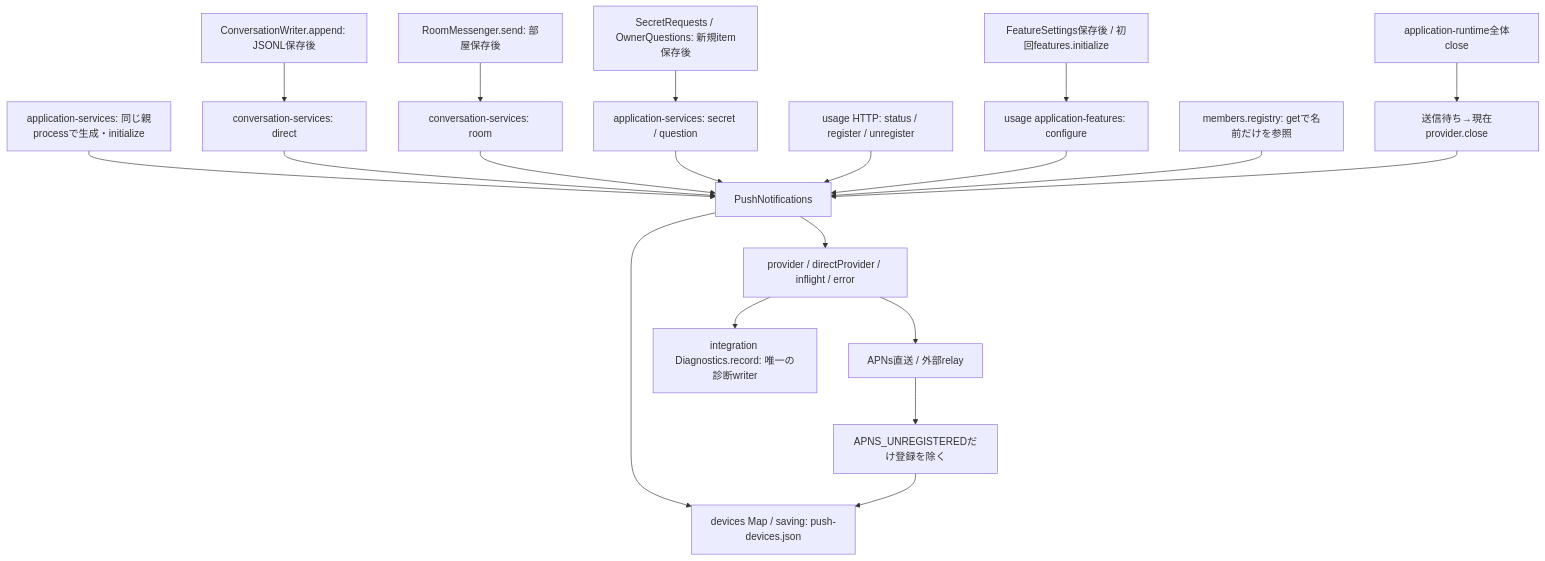
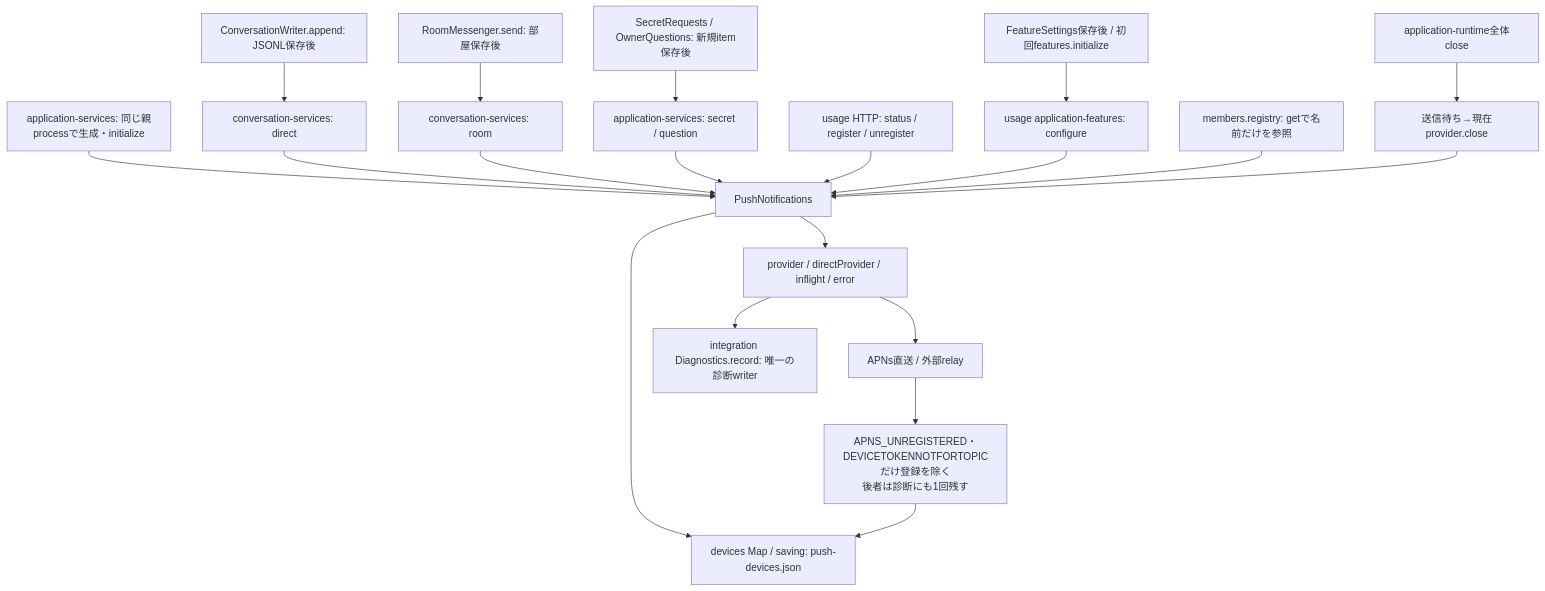
The third of 6 diagrams in docs/architecture/modules/usage/notification-process.md (kitepon/BellTeam), drawn with Mermaid before and after one commit. The commit also changed 4 other files, not shown here.

````diff
--- a/docs/architecture/modules/usage/notification-process.md
+++ b/docs/architecture/modules/usage/notification-process.md
@@ -48,22 +48,22 @@
 ```mermaid
 flowchart TD
   Assembly[application-services: 同じ親processで生成・initialize] --> Push[PushNotifications]
   Saved[ConversationWriter.append: JSONL保存後] --> Direct[conversation-services: direct]
   RoomSaved[RoomMessenger.send: 部屋保存後] --> Room[conversation-services: room]
   Cards[SecretRequests / OwnerQuestions: 新規item保存後] --> Requests[application-services: secret / question]
   Direct --> Push
   Room --> Push
   Requests --> Push
   HTTP[usage HTTP: status / register / unregister] --> Push
   Settings[FeatureSettings保存後 / 初回features.initialize] --> Configure[usage application-features: configure]
   Configure --> Push
   Bots[members.registry: getで名前だけを参照] --> Push
   Push --> Devices[devices Map / saving: push-devices.json]
   Push --> Sending[provider / directProvider / inflight / error]
   Sending --> Provider[APNs直送 / 外部relay]
-  Provider --> Expired[APNS_UNREGISTEREDだけ登録を除く]
+  Provider --> Expired[APNS_UNREGISTERED・DEVICETOKENNOTFORTOPICだけ登録を除く<br/>後者は診断にも1回残す]
   Expired --> Devices
   Sending --> Diagnostics[integration Diagnostics.record: 唯一の診断writer]
   Shutdown[application-runtime全体close] --> Close[送信待ち→現在provider.close]
   Close --> Push
 ```
````
